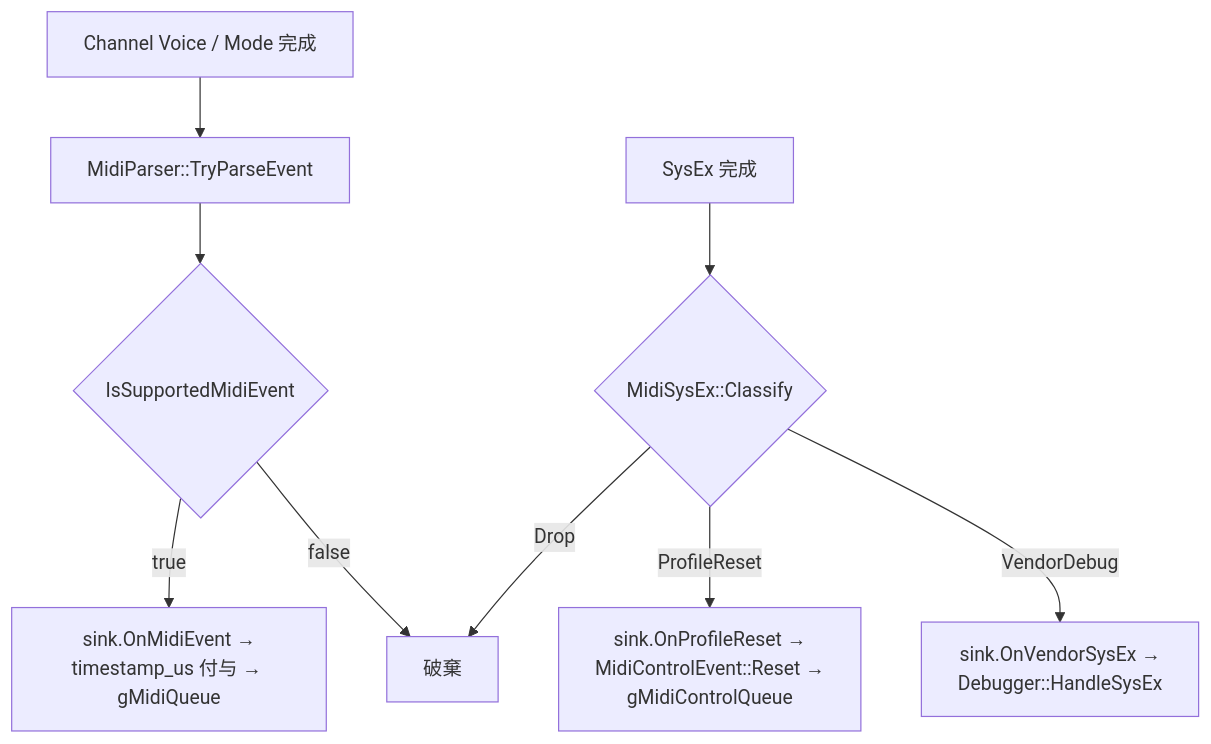
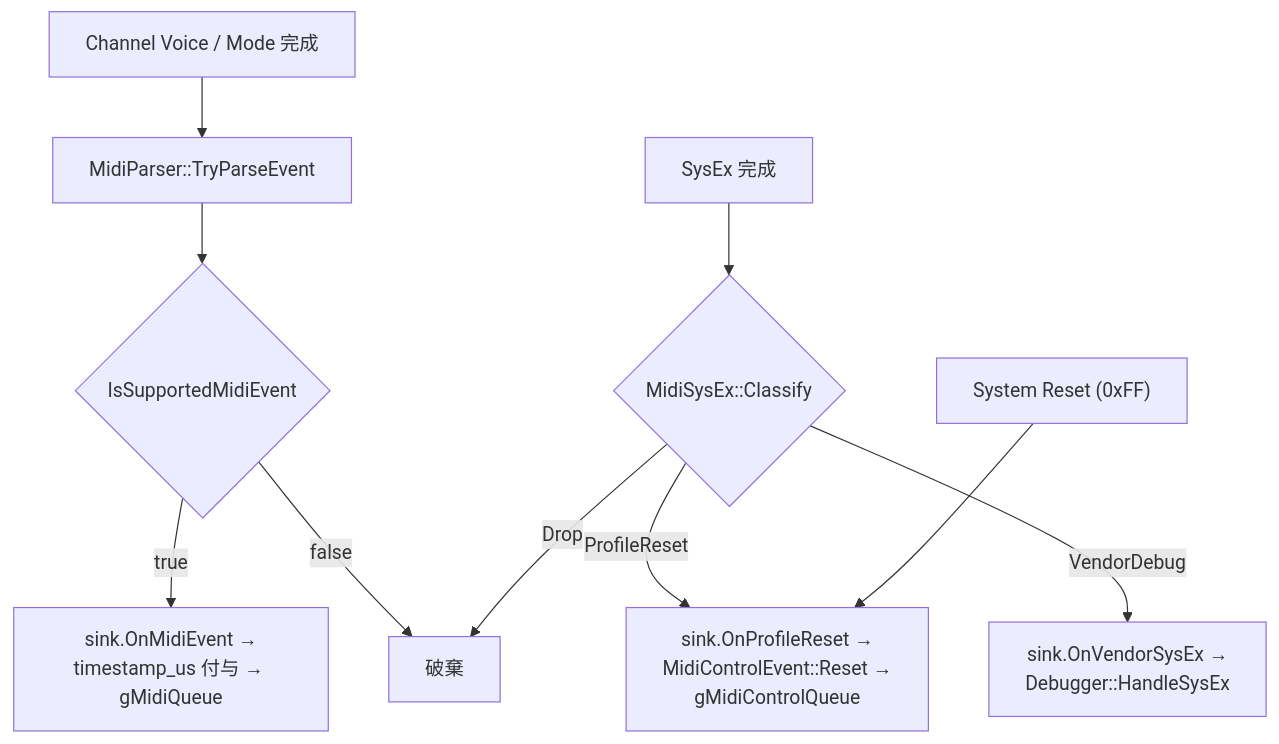
The diagram in doc/design_midi_message.md (46nori/FMSynthEnsembleV3), drawn with Mermaid before and after one commit. The commit also changed other lines of this file and 4 other files, not shown here.

First line of the commit message:
MIDI System Reset (0xFF) でシンセをリセットする

````diff
--- a/doc/design_midi_message.md
+++ b/doc/design_midi_message.md
@@ -198,12 +200,14 @@
 ```mermaid
 flowchart TD
     A["Channel Voice / Mode 完成"] --> B["MidiParser::TryParseEvent"]
     B --> C{"IsSupportedMidiEvent"}
     C -- true --> D["sink.OnMidiEvent →<br>timestamp_us 付与 → gMidiQueue"]
     C -- false --> G["破棄"]
 
     H["SysEx 完成"] --> I{"MidiSysEx::Classify"}
     I -- ProfileReset --> J["sink.OnProfileReset →<br>MidiControlEvent::Reset →<br>gMidiControlQueue"]
     I -- VendorDebug --> L["sink.OnVendorSysEx →<br>Debugger::HandleSysEx"]
     I -- Drop --> G
+
+    R["System Reset (0xFF)"] --> J
 ```
````
